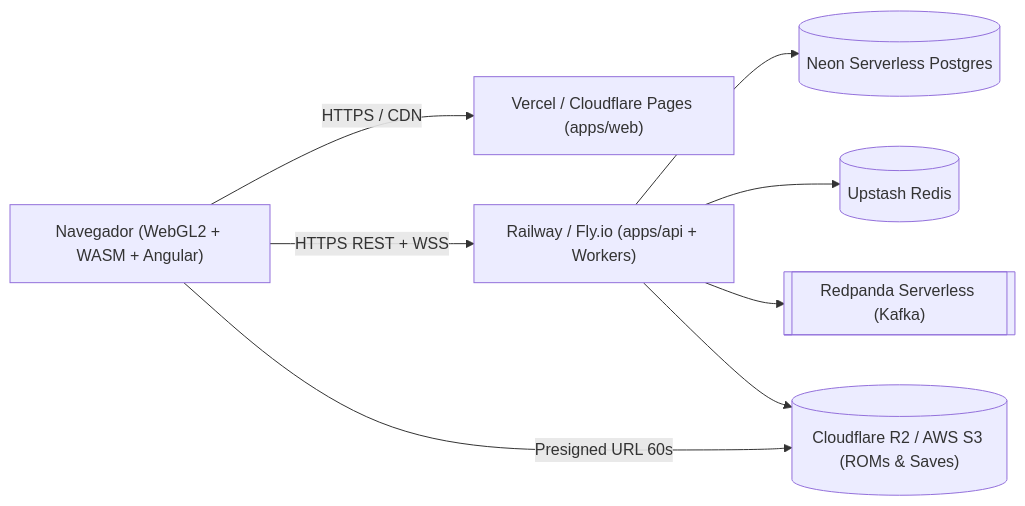
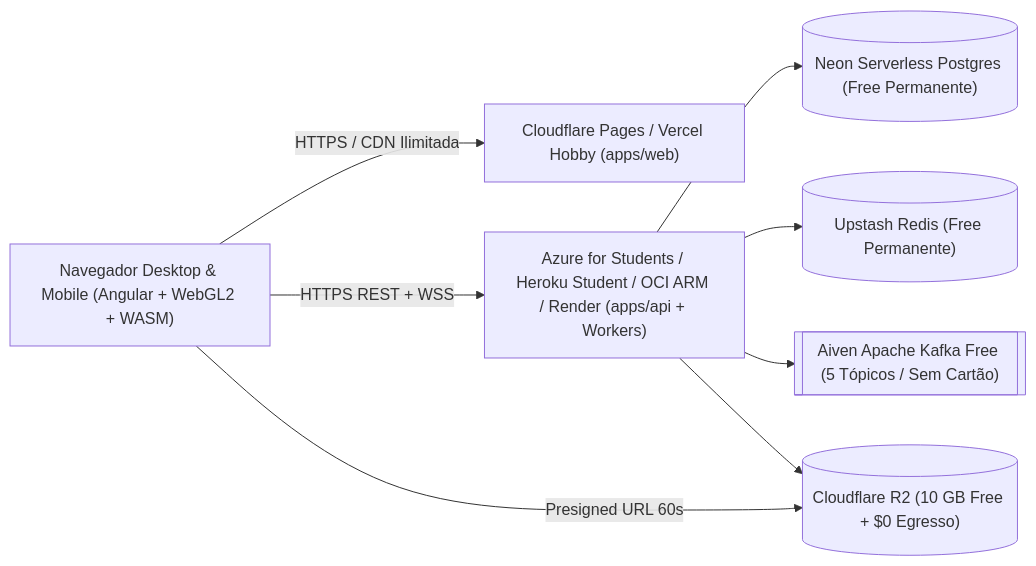
Before and after one commit to Digooow/pokedex-frontend: the diagram in docs/10-infraestrutura-docker-ci-cd-e-deploy.md, drawn with Mermaid. The commit also changed other lines of this file and 6 other files, not shown here.

````diff
--- a/docs/10-infraestrutura-docker-ci-cd-e-deploy.md
+++ b/docs/10-infraestrutura-docker-ci-cd-e-deploy.md
@@ -150,10 +152,10 @@
 ```mermaid
 flowchart LR
-  User["Navegador (WebGL2 + WASM + Angular)"] -->|"HTTPS / CDN"| Vercel["Vercel / Cloudflare Pages (apps/web)"]
-  User -->|"HTTPS REST + WSS"| APIHost["Railway / Fly.io (apps/api + Workers)"]
-  APIHost --> Neon[("Neon Serverless Postgres")]
-  APIHost --> Upstash[("Upstash Redis")]
-  APIHost --> RedpandaCloud[["Redpanda Serverless (Kafka)"]]
-  APIHost --> R2[("Cloudflare R2 / AWS S3 (ROMs & Saves)")]
+  User["Navegador Desktop & Mobile (Angular + WebGL2 + WASM)"] -->|"HTTPS / CDN Ilimitada"| CF["Cloudflare Pages / Vercel Hobby (apps/web)"]
+  User -->|"HTTPS REST + WSS"| APIHost["Azure for Students / Heroku Student / OCI ARM / Render (apps/api + Workers)"]
+  APIHost --> Neon[("Neon Serverless Postgres (Free Permanente)")]
+  APIHost --> Upstash[("Upstash Redis (Free Permanente)")]
+  APIHost --> Aiven[["Aiven Apache Kafka Free (5 Tópicos / Sem Cartão)"]]
+  APIHost --> R2[("Cloudflare R2 (10 GB Free + $0 Egresso)")]
   User -->|"Presigned URL 60s"| R2
 ```
````
